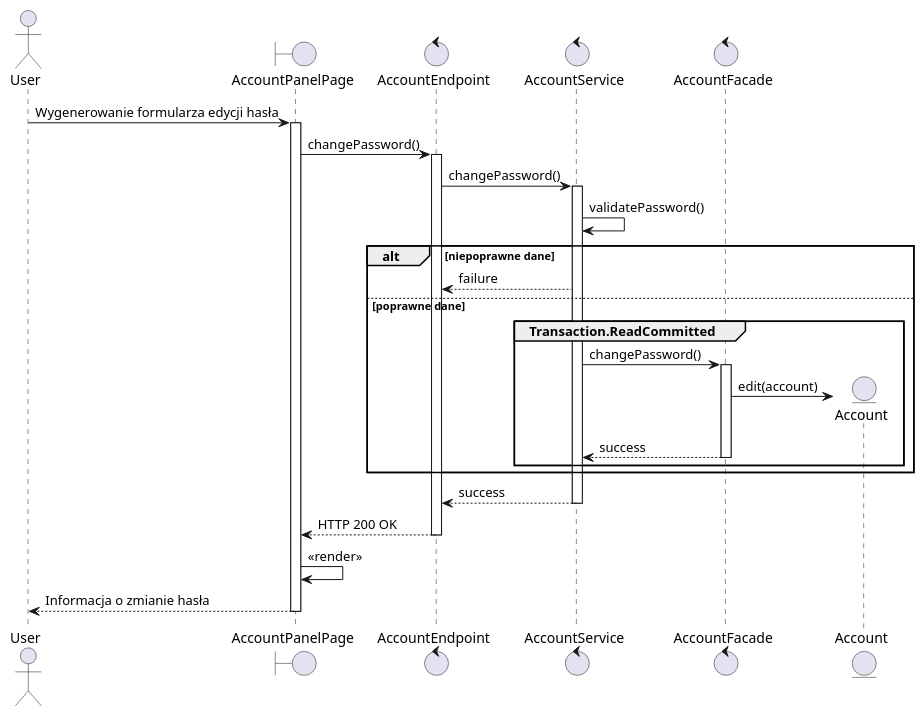
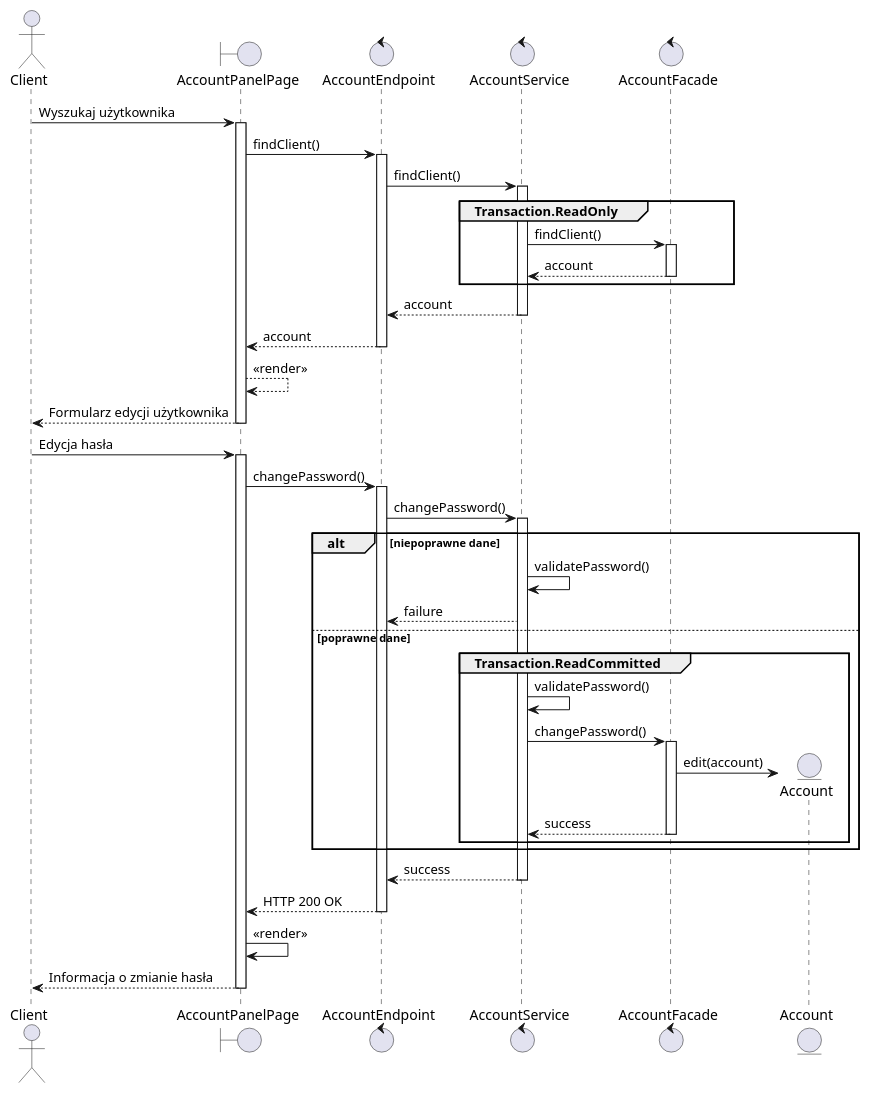
Before and after one commit to TheVivent-Politechnika-Lodzka/ssbd03_kic_uml: the diagram in src/rozdział 7/mok7.puml, drawn with PlantUML. The commit also changed 2 other files, not shown here.

Commit message:
Poprawki istniejacych diagramow (5,6,7); dodanie 8 diagramu

```diff
--- a/src/rozdział 7/mok7.puml
+++ b/src/rozdział 7/mok7.puml
@@ -1,32 +1,47 @@
 @startuml MOK.7
 
-actor User as user
+actor Client as client
 boundary AccountPanelPage as gui
 control AccountEndpoint as controller
 control AccountService as service
 control AccountFacade as facade
 entity Account as account
 
-user -> gui ++ : Wygenerowanie formularza edycji hasła
+client -> gui ++ : Wyszukaj użytkownika
+gui -> controller ++ :  findClient()
+controller -> service ++ : findClient()
+group Transaction.ReadOnly
+    service -> facade ++ : findClient()
+    return account
+end
+return account
+return account
+gui --> gui : <<render>>
+return Formularz edycji użytkownika
+
+client -> gui ++ : Edycja hasła
 gui -> controller ++ : changePassword()
 controller -> service ++ : changePassword() 
 ' group Transaction. ?????
-service -> service : validatePassword()
+' service -> service : validatePassword()
+' znajdz konto
 
 alt niepoprawne dane
+    service -> service : validatePassword()
     service --> controller : failure
 else poprawne dane
     group Transaction.ReadCommitted
+        service -> service : validatePassword()
         service -> facade ++ : changePassword()
         facade -> account ** : edit(account)
     return success
     end
 end
 
 return success
 return HTTP 200 OK
 gui -> gui : <<render>>
 return Informacja o zmianie hasła
 
 
 @enduml
```
